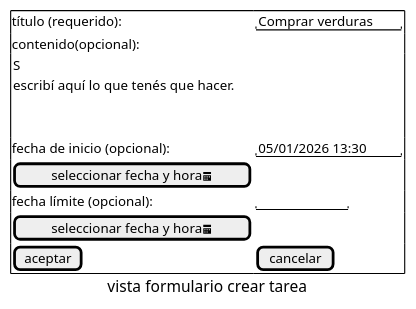
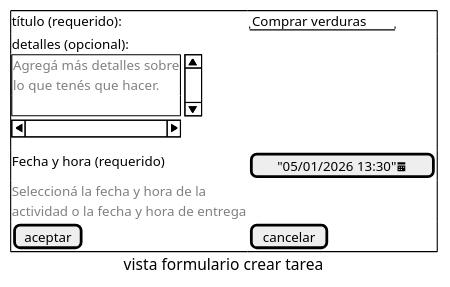
One commit to esteban4321duran/app-tareas-v1-docs changed the diagram in crear-tarea/gui-mockups/formulario-crear-tarea.pu. Above: the diagram before and after it, drawn with PlantUML. The commit also changed 9 other files, not shown here.

```diff
--- a/crear-tarea/gui-mockups/formulario-crear-tarea.pu
+++ b/crear-tarea/gui-mockups/formulario-crear-tarea.pu
@@ -1,24 +1,21 @@
 @startsalt
 caption vista formulario crear tarea
 {
     {+
         título (requerido): | "Comprar verduras"
 
-        contenido(opcional):
-        {
-            S
-            escribí aquí lo que tenés que hacer.
-            .
+        detalles (opcional):
+        {S
+            <color:gray>Agregá más detalles sobre 
+            <color:gray>lo que tenés que hacer.
             .
         }
 
-        fecha de inicio (opcional): | "05/01/2026 13:30"
-        [seleccionar fecha y hora<&calendar>]
-
-        fecha límite (opcional): | "          "
-        [seleccionar fecha y hora<&calendar>]
+        Fecha y hora (requerido)| ["05/01/2026 13:30"<&calendar>]
+        <color:gray>Seleccioná la fecha y hora de la
+        <color:gray>actividad o la fecha y hora de entrega
 
         [aceptar] | [cancelar]
     }
 }
 @endsalt
```
